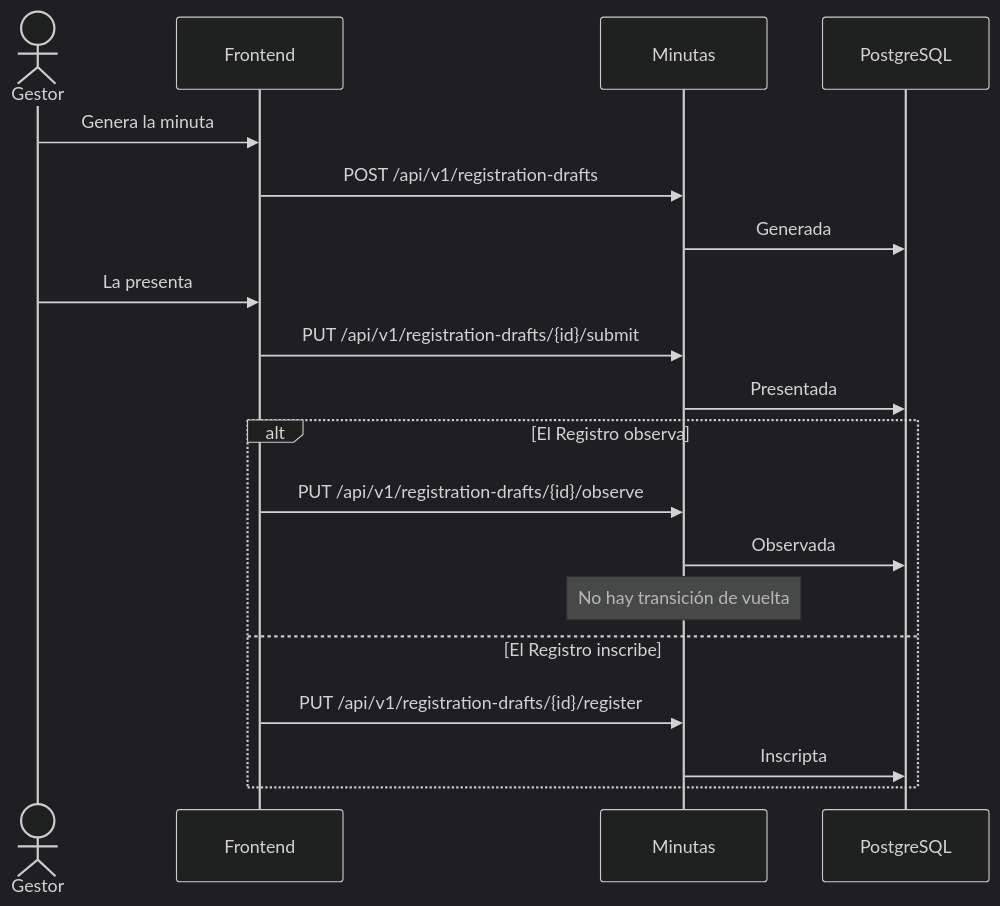
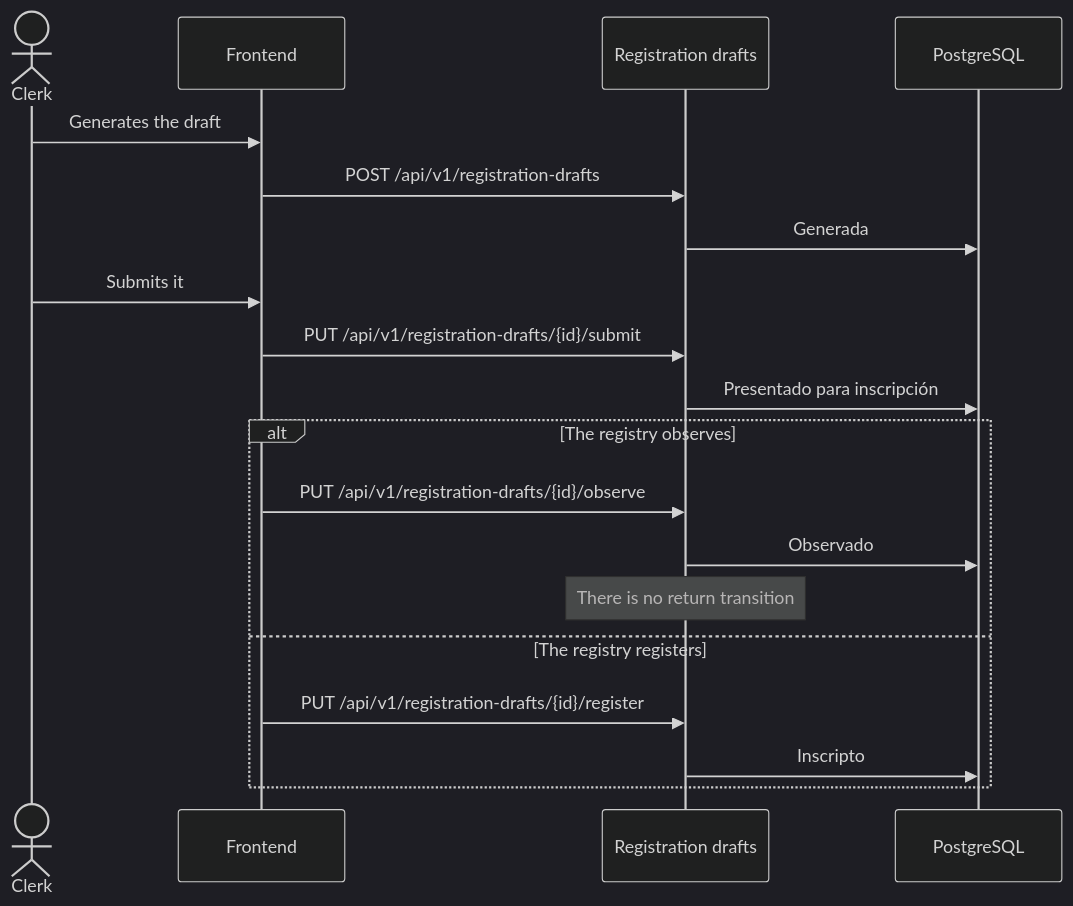
Before and after one commit to matiaspakua/notaire: the seventh of 9 diagrams in docs/200-architecture/203-design/GESTION.md, drawn with Mermaid (dark theme). The commit also changed other lines of this file and 165 other files, not shown here.

First line of the commit message:
[#1490] docs(architecture): write CU sequence steps in English (#1505)

````diff
--- a/docs/200-architecture/203-design/GESTION.md
+++ b/docs/200-architecture/203-design/GESTION.md
@@ -230,22 +231,22 @@
 ```mermaid
 sequenceDiagram
-  actor Gestor
+  actor Clerk
   participant FE as Frontend
-  participant API as Minutas
+  participant API as Registration drafts
   participant DB as PostgreSQL
 
-  Gestor->>FE: Genera la minuta
+  Clerk->>FE: Generates the draft
   FE->>API: POST /api/v1/registration-drafts
   API->>DB: Generada
-  Gestor->>FE: La presenta
+  Clerk->>FE: Submits it
   FE->>API: PUT /api/v1/registration-drafts/{id}/submit
-  API->>DB: Presentada
-  alt El Registro observa
+  API->>DB: Presentado para inscripción
+  alt The registry observes
     FE->>API: PUT /api/v1/registration-drafts/{id}/observe
-    API->>DB: Observada
-    Note over API: No hay transición de vuelta
-  else El Registro inscribe
+    API->>DB: Observado
+    Note over API: There is no return transition
+  else The registry registers
     FE->>API: PUT /api/v1/registration-drafts/{id}/register
-    API->>DB: Inscripta
+    API->>DB: Inscripto
   end
 ```
````
